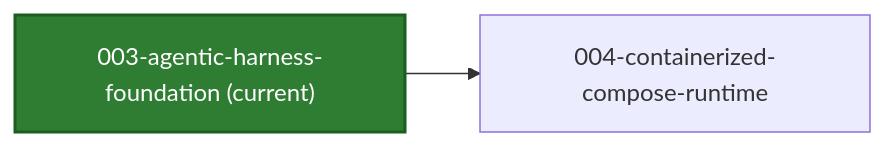
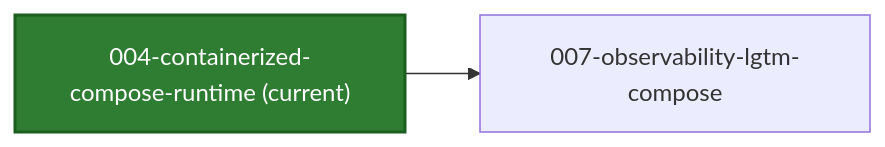
Before and after one commit to azure-octo/traderX: the second of 2 diagrams in README.md, drawn with Mermaid. The commit also changed other lines of this file and 129 other files, not shown here.

First line of the commit message:
snapshot: 004-containerized-compose-runtime generated from a41e87908ebf8e9d2cd385280eacced32887bb1e

````diff
--- a/README.md
+++ b/README.md
@@ -52,9 +52,9 @@
 ```mermaid
 flowchart LR
-  C_CUR["003-agentic-harness-foundation (current)"]
+  C_CUR["004-containerized-compose-runtime (current)"]
   style C_CUR fill:#2e7d32,stroke:#1b5e20,color:#ffffff,stroke-width:2px
-  C_CUR --> C_NEXT_004_containerized_compose_runtime["004-containerized-compose-runtime"]
-  click C_NEXT_004_containerized_compose_runtime href "https://github.com/finos/traderX/tree/code%2Fgenerated-state-004-containerized-compose-runtime" "Open branch"
-  %% compare: https://github.com/finos/traderX/compare/code%2Fgenerated-state-003-agentic-harness-foundation...code%2Fgenerated-state-004-containerized-compose-runtime
-  click C_CUR href "https://github.com/finos/traderX/tree/code%2Fgenerated-state-003-agentic-harness-foundation" "Open current branch"
+  C_CUR --> C_NEXT_007_observability_lgtm_compose["007-observability-lgtm-compose"]
+  click C_NEXT_007_observability_lgtm_compose href "https://github.com/finos/traderX/tree/code%2Fgenerated-state-007-observability-lgtm-compose" "Open branch"
+  %% compare: https://github.com/finos/traderX/compare/code%2Fgenerated-state-004-containerized-compose-runtime...code%2Fgenerated-state-007-observability-lgtm-compose
+  click C_CUR href "https://github.com/finos/traderX/tree/code%2Fgenerated-state-004-containerized-compose-runtime" "Open current branch"
 ```
````
